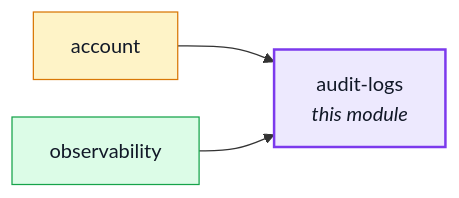
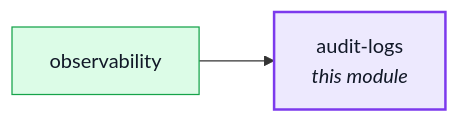
The first of 2 diagrams in docs/modules/audit-logs.md (Guebbit/boilerplate-node-backend), drawn with Mermaid before and after one commit. The commit also changed 35 other files, not shown here.

````diff
--- a/docs/modules/audit-logs.md
+++ b/docs/modules/audit-logs.md
@@ -16,18 +16,15 @@
 ```mermaid
 %%{init: {'flowchart': {'nodeSpacing': 30, 'rankSpacing': 60}}}%%
 flowchart LR
     audit_logs["audit-logs<br/><i>this module</i>"]
-    account["account"]
     observability["observability"]
 
-    account --> audit_logs
     observability --> audit_logs
 
     classDef core fill:#dbeafe,stroke:#2563eb,color:#111827;
     classDef supporting fill:#fef3c7,stroke:#d97706,color:#111827;
     classDef generic fill:#dcfce7,stroke:#16a34a,color:#111827;
     classDef centre fill:#ede9fe,stroke:#7c3aed,stroke-width:2px,color:#111827;
-    class account supporting;
     class observability generic;
     class audit_logs centre;
 ```
````
